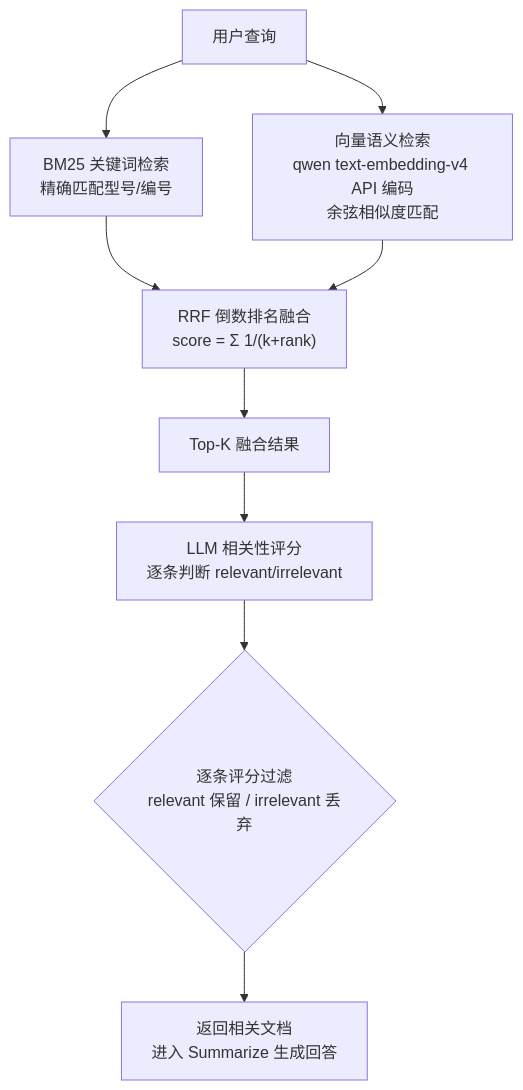
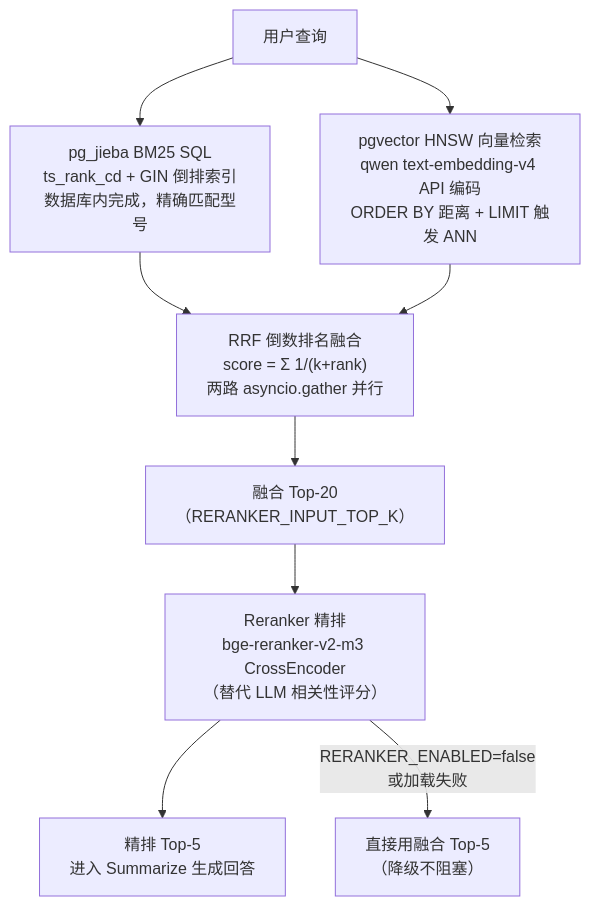
The fifth of 14 diagrams in docs/PROJECT_ANALYSIS.md (blowt16/SmartCS-Agent), drawn with Mermaid before and after one commit. The commit also changed other lines of this file, not shown here.

````diff
--- a/docs/PROJECT_ANALYSIS.md
+++ b/docs/PROJECT_ANALYSIS.md
@@ -384,11 +388,11 @@
 ```mermaid
 flowchart TB
-    Q["用户查询"] --> BM25["BM25 关键词检索<br/>精确匹配型号/编号"]
-    Q --> VEC["向量语义检索<br/>qwen text-embedding-v4 API 编码<br/>余弦相似度匹配"]
-    BM25 --> RRF["RRF 倒数排名融合<br/>score = Σ 1/(k+rank)"]
+    Q["用户查询"] --> BM25["pg_jieba BM25 SQL<br/>ts_rank_cd + GIN 倒排索引<br/>数据库内完成，精确匹配型号"]
+    Q --> VEC["pgvector HNSW 向量检索<br/>qwen text-embedding-v4 API 编码<br/>ORDER BY 距离 + LIMIT 触发 ANN"]
+    BM25 --> RRF["RRF 倒数排名融合<br/>score = Σ 1/(k+rank)<br/>两路 asyncio.gather 并行"]
     VEC --> RRF
-    RRF --> TOPK["Top-K 融合结果"]
-    TOPK --> GRADE["LLM 相关性评分<br/>逐条判断 relevant/irrelevant"]
-    GRADE --> FILTER{"逐条评分过滤<br/>relevant 保留 / irrelevant 丢弃"}
-    FILTER --> DONE["返回相关文档<br/>进入 Summarize 生成回答"]
+    RRF --> TOPK["融合 Top-20<br/>（RERANKER_INPUT_TOP_K）"]
+    TOPK --> RERANK["Reranker 精排<br/>bge-reranker-v2-m3 CrossEncoder<br/>（替代 LLM 相关性评分）"]
+    RERANK --> DONE["精排 Top-5<br/>进入 Summarize 生成回答"]
+    RERANK -->|"RERANKER_ENABLED=false<br/>或加载失败"| DONE2["直接用融合 Top-5<br/>（降级不阻塞）"]
 ```
````
